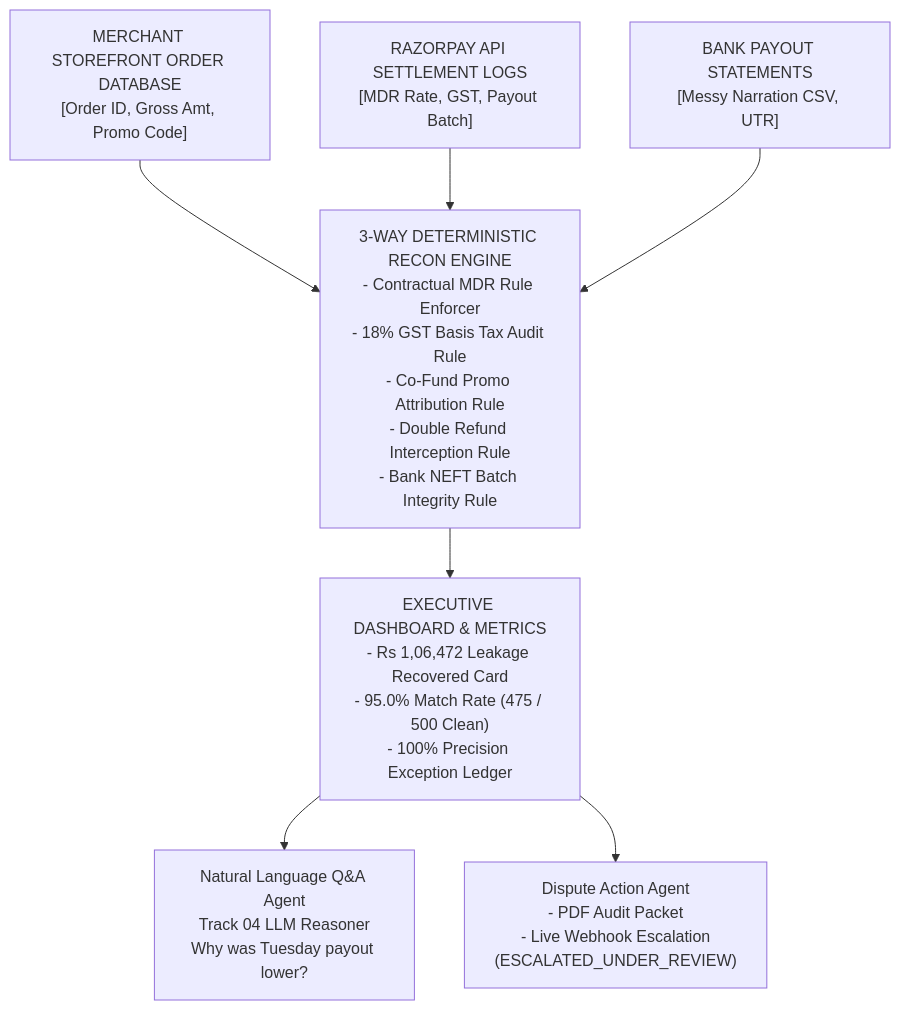
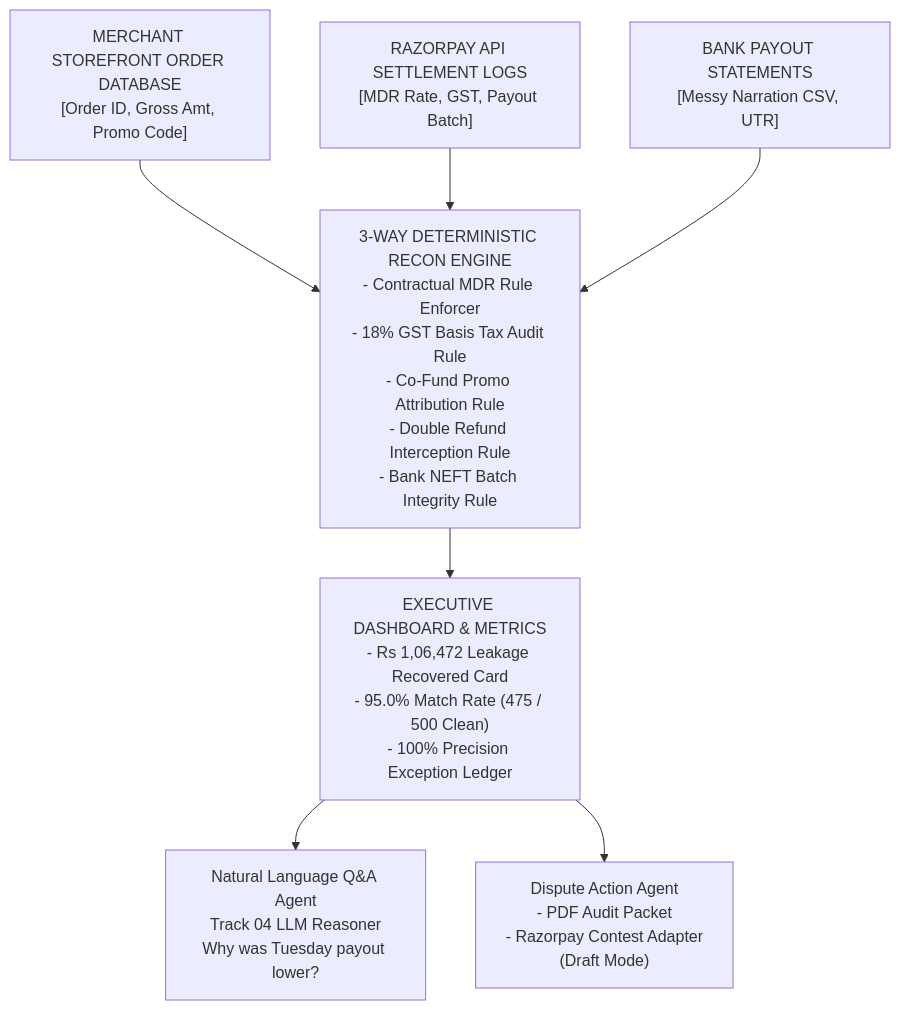
One commit to RDisCoding/FinOps-Recon-AI changed the diagram in README.md. Above: the diagram before and after it, drawn with Mermaid. The commit also changed other lines of this file, not shown here.

Commit message:
Refresh README for live demo

````diff
--- a/README.md
+++ b/README.md
@@ -68,25 +78,25 @@
 ```mermaid
 flowchart TD
     %% Data Sources
     DB["MERCHANT STOREFRONT ORDER DATABASE<br/>[Order ID, Gross Amt, Promo Code]"]
     LOGS["RAZORPAY API SETTLEMENT LOGS<br/>[MDR Rate, GST, Payout Batch]"]
     BANK["BANK PAYOUT STATEMENTS<br/>[Messy Narration CSV, UTR]"]
 
     %% Processing Engine
     ENGINE["3-WAY DETERMINISTIC RECON ENGINE<br/>- Contractual MDR Rule Enforcer<br/>- 18% GST Basis Tax Audit Rule<br/>- Co-Fund Promo Attribution Rule<br/>- Double Refund Interception Rule<br/>- Bank NEFT Batch Integrity Rule"]
 
     %% Dashboard & Metrics
     DASHBOARD["EXECUTIVE DASHBOARD & METRICS<br/>- Rs 1,06,472 Leakage Recovered Card<br/>- 95.0% Match Rate (475 / 500 Clean)<br/>- 100% Precision Exception Ledger"]
 
     %% AI & Action Layer
     QA["Natural Language Q&A Agent<br/>Track 04 LLM Reasoner<br/>Why was Tuesday payout lower?"]
-    DISPUTE["Dispute Action Agent<br/>- PDF Audit Packet<br/>- Live Webhook Escalation<br/>(ESCALATED_UNDER_REVIEW)"]
+    DISPUTE["Dispute Action Agent<br/>- PDF Audit Packet<br/>- Razorpay Contest Adapter<br/>(Draft Mode)"]
 
     %% Flow Connections
     DB --> ENGINE
     LOGS --> ENGINE
     BANK --> ENGINE
     ENGINE --> DASHBOARD
     DASHBOARD --> QA
     DASHBOARD --> DISPUTE
 ```
````
